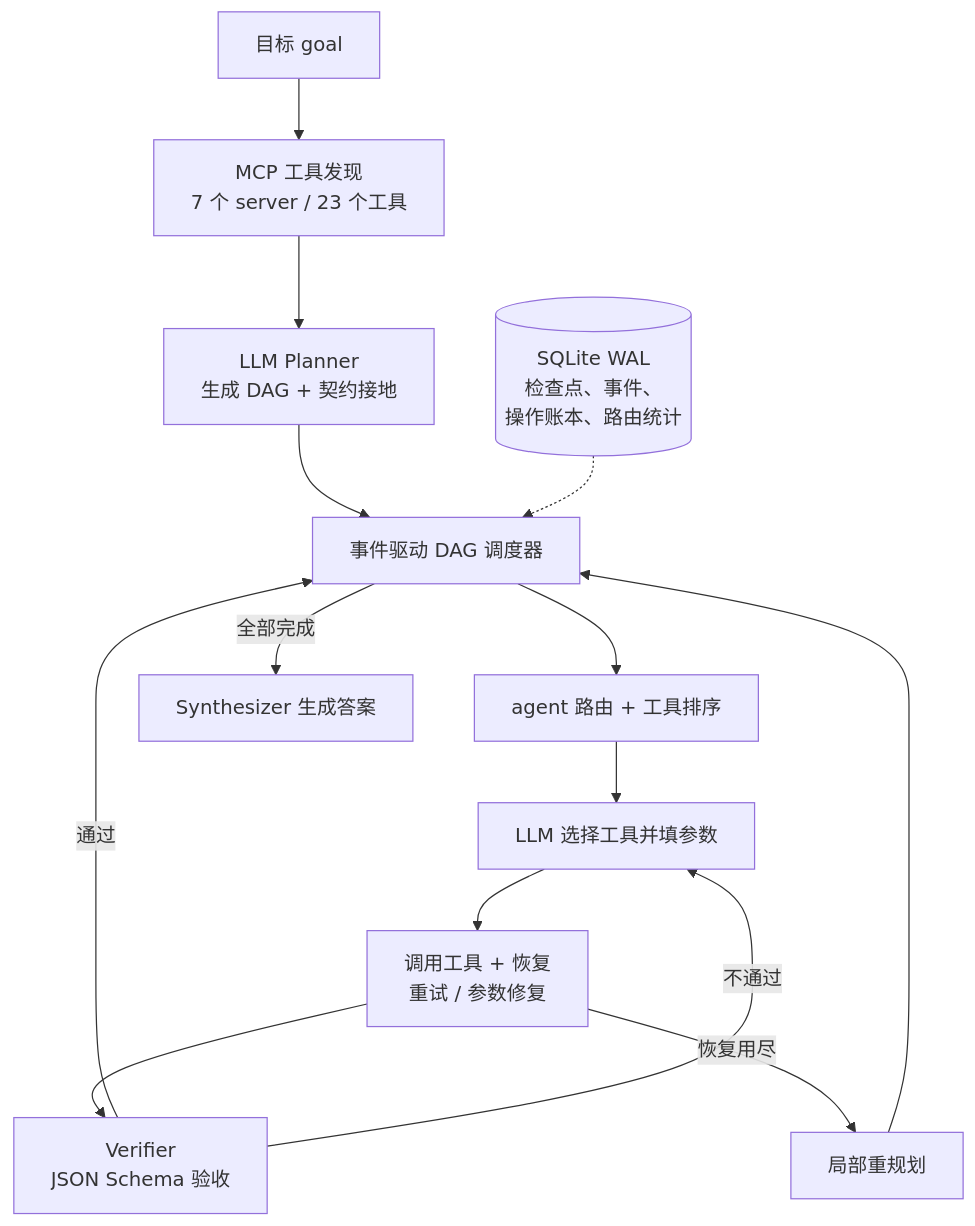
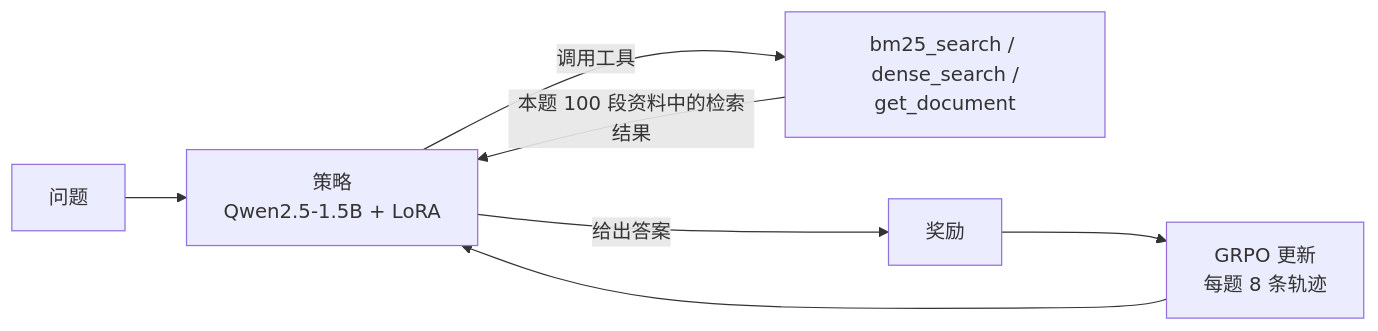
One commit to zibinghou07/agentos changed the diagram in README.zh-CN.md. Above: the diagram before and after it, drawn with Mermaid. The commit also changed other lines of this file and 112 other files, not shown here.

````diff
--- a/README.zh-CN.md
+++ b/README.zh-CN.md
@@ -20,16 +28,9 @@
 ```mermaid
-flowchart TD
-  G["目标 goal"] --> D["MCP 工具发现<br/>7 个 server / 23 个工具"]
-  D --> P["LLM Planner<br/>生成 DAG + 契约接地"]
-  P --> S["事件驱动 DAG 调度器"]
-  S --> R["agent 路由 + 工具排序"]
-  R --> L["LLM 选择工具并填参数"]
-  L --> X["调用工具 + 恢复<br/>重试 / 参数修复"]
-  X --> V["Verifier<br/>JSON Schema 验收"]
-  V -->|"通过"| S
-  V -->|"不通过"| L
-  X -->|"恢复用尽"| RP["局部重规划"]
-  RP --> S
-  S -->|"全部完成"| Y["Synthesizer 生成答案"]
-  C[("SQLite WAL<br/>检查点、事件、<br/>操作账本、路由统计")] -.-> S
+flowchart LR
+  Q["问题"] --> P["策略<br/>Qwen2.5-1.5B + LoRA"]
+  P -->|"调用工具"| T["bm25_search / dense_search /<br/>get_document"]
+  T -->|"本题 100 段资料中的检索结果"| P
+  P -->|"给出答案"| R["奖励"]
+  R --> G["GRPO 更新<br/>每题 8 条轨迹"]
+  G --> P
 ```
````
